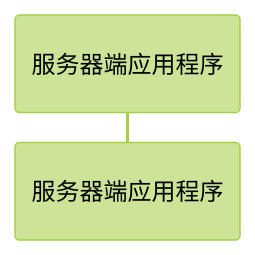
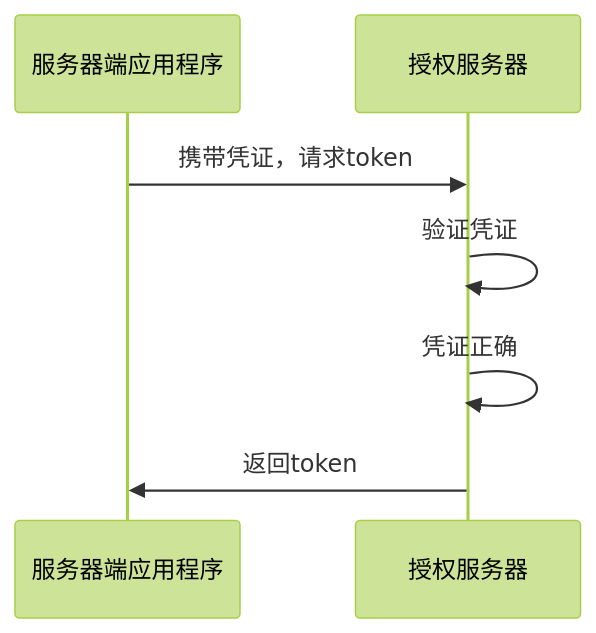
The second of 4 diagrams in 计算机/JavaWeb/后端/Spring Security/4-1 OAuth 2.md (poppop9/obsidian), drawn with Mermaid (forest theme) before and after one commit. The commit also changed other lines of this file and 2 other files, not shown here.

````diff
--- a/计算机/JavaWeb/后端/Spring Security/4-1 OAuth 2.md
+++ b/计算机/JavaWeb/后端/Spring Security/4-1 OAuth 2.md
@@ -56,8 +56,10 @@
 ```mermaid
 sequenceDiagram
 	participant F as 服务器端应用程序
-	participant F as 服务器端应用程序
+	participant S as 授权服务器
 
-
-
+	F->>S: 携带凭证，请求token
+	S->>S: 验证凭证
+	S->>S: 凭证正确
+	S->>F: 返回token
 ```
````
